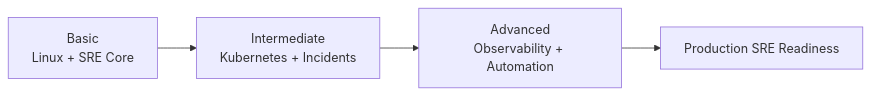
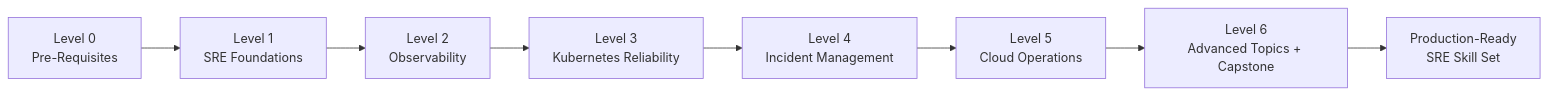
The first of 3 diagrams in 10-learning-paths/README.md (ShasidharReddy/Site-Reliability-Engineer), drawn with Mermaid before and after one commit. The commit also changed other lines of this file and 89 other files, not shown here.

````diff
--- a/10-learning-paths/README.md
+++ b/10-learning-paths/README.md
@@ -51,6 +42,10 @@
 ```mermaid
 flowchart LR
-  B[Basic<br/>Linux + SRE Core] --> I[Intermediate<br/>Kubernetes + Incidents]
-  I --> A[Advanced<br/>Observability + Automation]
-  A --> P[Production SRE Readiness]
+  L0[Level 0<br/>Pre-Requisites] --> L1[Level 1<br/>SRE Foundations]
+  L1 --> L2[Level 2<br/>Observability]
+  L2 --> L3[Level 3<br/>Kubernetes Reliability]
+  L3 --> L4[Level 4<br/>Incident Management]
+  L4 --> L5[Level 5<br/>Cloud Operations]
+  L5 --> L6[Level 6<br/>Advanced Topics + Capstone]
+  L6 --> READY[Production-Ready<br/>SRE Skill Set]
 ```
````
